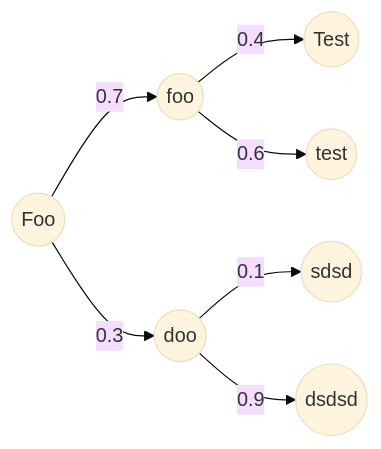
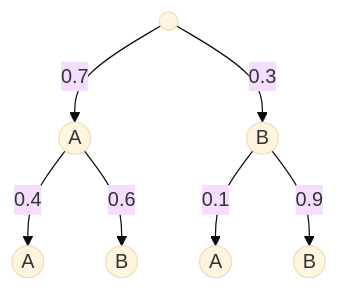
One commit to jkruppa/math changed the diagram in probability-basic.qmd. Above: the diagram before and after it, drawn with Mermaid (base theme). The commit also changed other lines of this file and 2 other files, not shown here.

Commit message:
added text

````diff
--- a/probability-basic.qmd
+++ b/probability-basic.qmd
@@ -21,9 +23,12 @@
 ```{mermaid}
-graph LR
-  B((Foo)) -- 0.7 --> C((foo))
-  B -->|0.3| D((doo))
-  C -->|0.4| E((Test))
-  C -->|0.6| F((test))
-  D -->|0.1| G((sdsd))
-  D -->|0.9| H((dsdsd))
+%%| fig-width: 6.5
+%%| fig-cap: "test"
+%%| label: fig-diag-0
+graph TB
+  A(( )) -->|0.7| B((A))
+  A -->|0.3| C((B))
+  B -->|0.4| D((A))
+  B -->|0.6| E((B))
+  C -->|0.1| F((A))
+  C -->|0.9| G((B))
 ```
````
